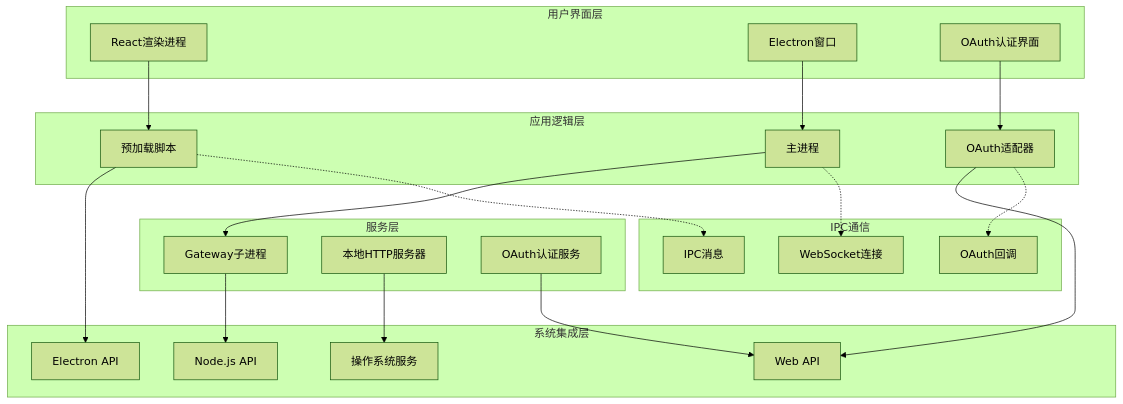
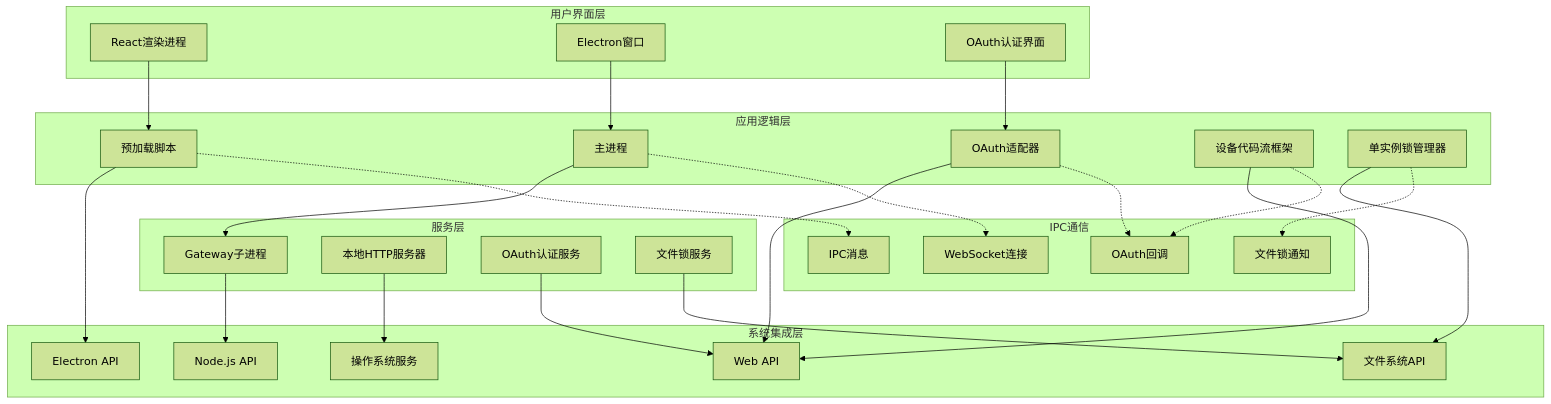
One commit to verse-ai-org/openclaw changed the second of 19 diagrams in .qoder/repowiki/zh/content/核心概念/Electron应用增强.md. Above: the diagram before and after it, drawn with Mermaid (forest theme). The commit also changed other lines of this file and 19 other files, not shown here.

````diff
--- a/.qoder/repowiki/zh/content/核心概念/Electron应用增强.md
+++ b/.qoder/repowiki/zh/content/核心概念/Electron应用增强.md
@@ -153,41 +169,51 @@
 ```mermaid
 graph TB
 subgraph "用户界面层"
 A[React渲染进程]
 B[Electron窗口]
 C[OAuth认证界面]
 end
 subgraph "应用逻辑层"
 D[主进程]
 E[预加载脚本]
 F[OAuth适配器]
+G[设备代码流框架]
+H[单实例锁管理器]
 end
 subgraph "服务层"
-G[Gateway子进程]
-H[本地HTTP服务器]
-I[OAuth认证服务]
+I[Gateway子进程]
+J[本地HTTP服务器]
+K[OAuth认证服务]
+L[文件锁服务]
 end
 subgraph "系统集成层"
-J[Node.js API]
-K[Electron API]
-L[操作系统服务]
-M[Web API]
+M[Node.js API]
+N[Electron API]
+O[操作系统服务]
+P[Web API]
+Q[文件系统API]
 end
 A --> E
 B --> D
 C --> F
-D --> G
-E --> K
-F --> M
-G --> J
-H --> L
+D --> I
+E --> N
+F --> P
+G --> P
+H --> Q
 I --> M
+J --> O
+K --> P
+L --> Q
 subgraph "IPC通信"
-N[IPC消息]
-O[WebSocket连接]
-P[OAuth回调]
+R[IPC消息]
+S[WebSocket连接]
+T[OAuth回调]
+U[文件锁通知]
 end
-E -.-> N
-D -.-> O
-F -.-> P
+E -.-> R
+D -.-> S
+F -.-> T
+G -.-> T
+H -.-> U
 ```
````
